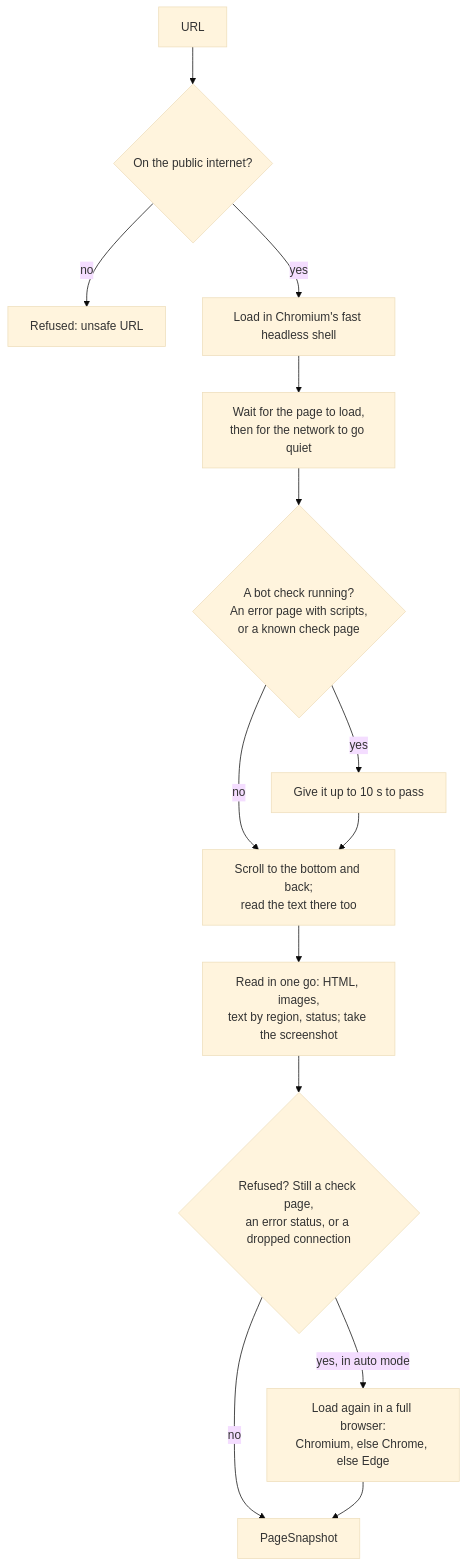
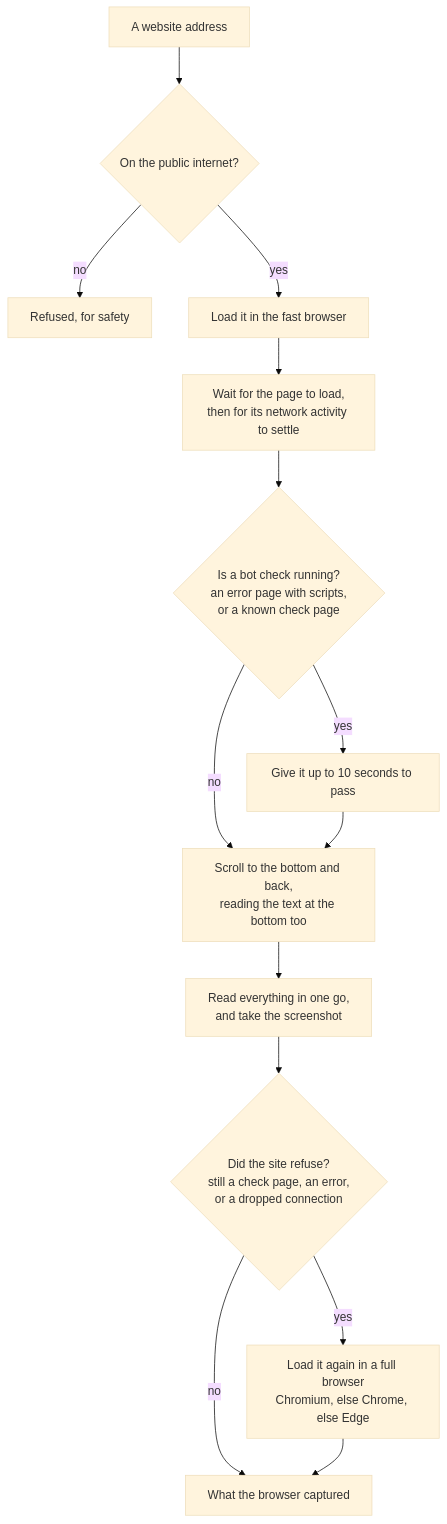
Before and after one commit to haneeshraj/business-insights-v2: the fourth of 10 diagrams in docs/reviews/2026-10-12.md, drawn with Mermaid (base theme). The commit also changed other lines of this file, not shown here.

Commit message:
docs: how answers are judged, and plainer diagrams in the progress review

````diff
--- a/docs/reviews/2026-10-12.md
+++ b/docs/reviews/2026-10-12.md
@@ -148,16 +152,16 @@
 ```mermaid
 flowchart TD
-  A["URL"] --> S{"On the public internet?"}
-  S -->|no| UN["Refused: unsafe URL"]
-  S -->|yes| G["Load in Chromium's fast headless shell"]
-  G --> W["Wait for the page to load,<br/>then for the network to go quiet"]
-  W --> BC{"A bot check running?<br/>An error page with scripts,<br/>or a known check page"}
-  BC -->|yes| BW["Give it up to 10 s to pass"]
+  A["A website address"] --> S{"On the public internet?"}
+  S -->|no| UN["Refused, for safety"]
+  S -->|yes| G["Load it in the fast browser"]
+  G --> W["Wait for the page to load,<br/>then for its network activity to settle"]
+  W --> BC{"Is a bot check running?<br/>an error page with scripts,<br/>or a known check page"}
+  BC -->|yes| BW["Give it up to 10 seconds to pass"]
   BC -->|no| SCR
-  BW --> SCR["Scroll to the bottom and back;<br/>read the text there too"]
-  SCR --> RD["Read in one go: HTML, images,<br/>text by region, status; take the screenshot"]
-  RD --> CH{"Refused? Still a check page,<br/>an error status, or a dropped connection"}
-  CH -->|no| OK["PageSnapshot"]
-  CH -->|"yes, in auto mode"| FB["Load again in a full browser:<br/>Chromium, else Chrome, else Edge"]
+  BW --> SCR["Scroll to the bottom and back,<br/>reading the text at the bottom too"]
+  SCR --> RD["Read everything in one go,<br/>and take the screenshot"]
+  RD --> CH{"Did the site refuse?<br/>still a check page, an error,<br/>or a dropped connection"}
+  CH -->|no| OK["What the browser captured"]
+  CH -->|yes| FB["Load it again in a full browser<br/>Chromium, else Chrome, else Edge"]
   FB --> OK
 ```
````
